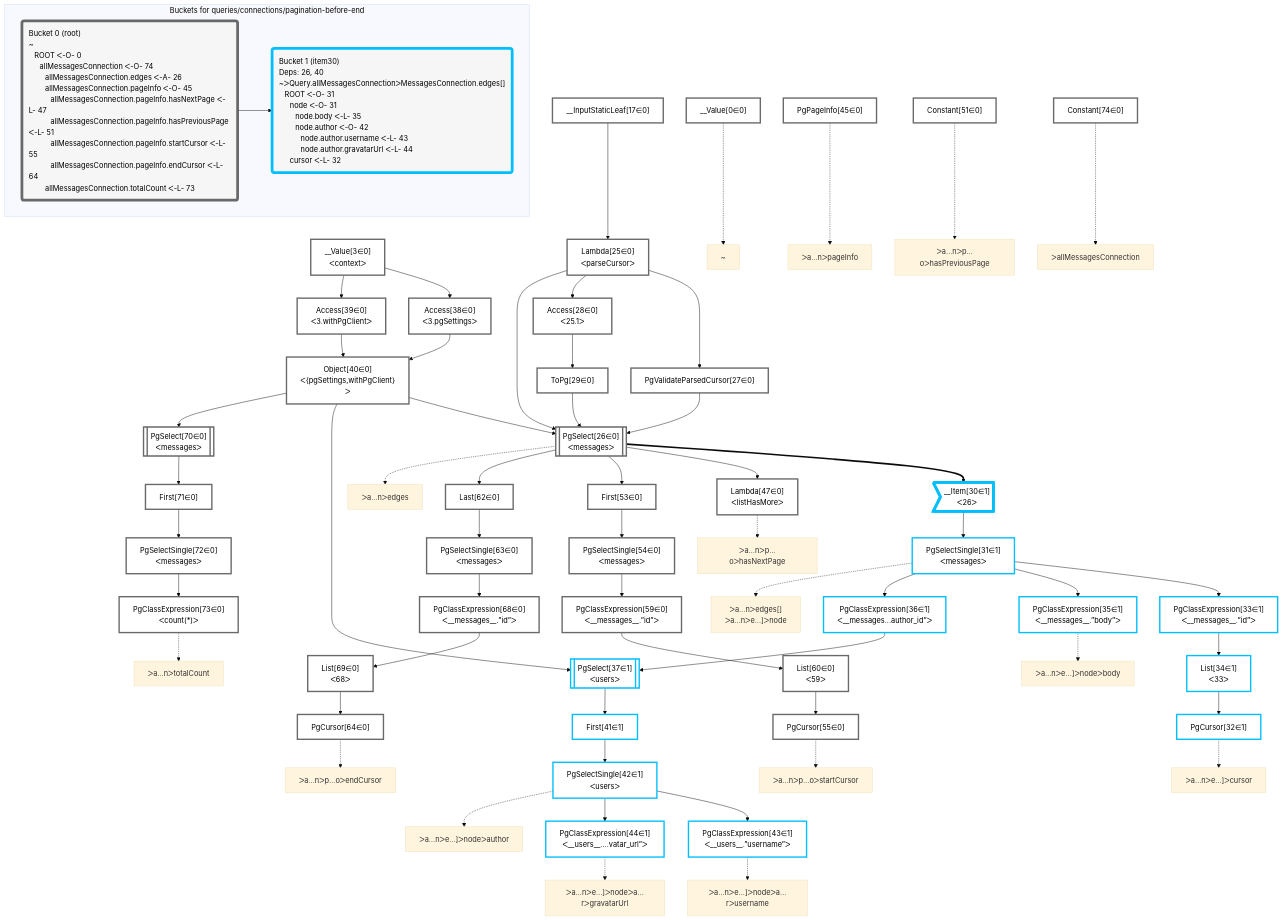
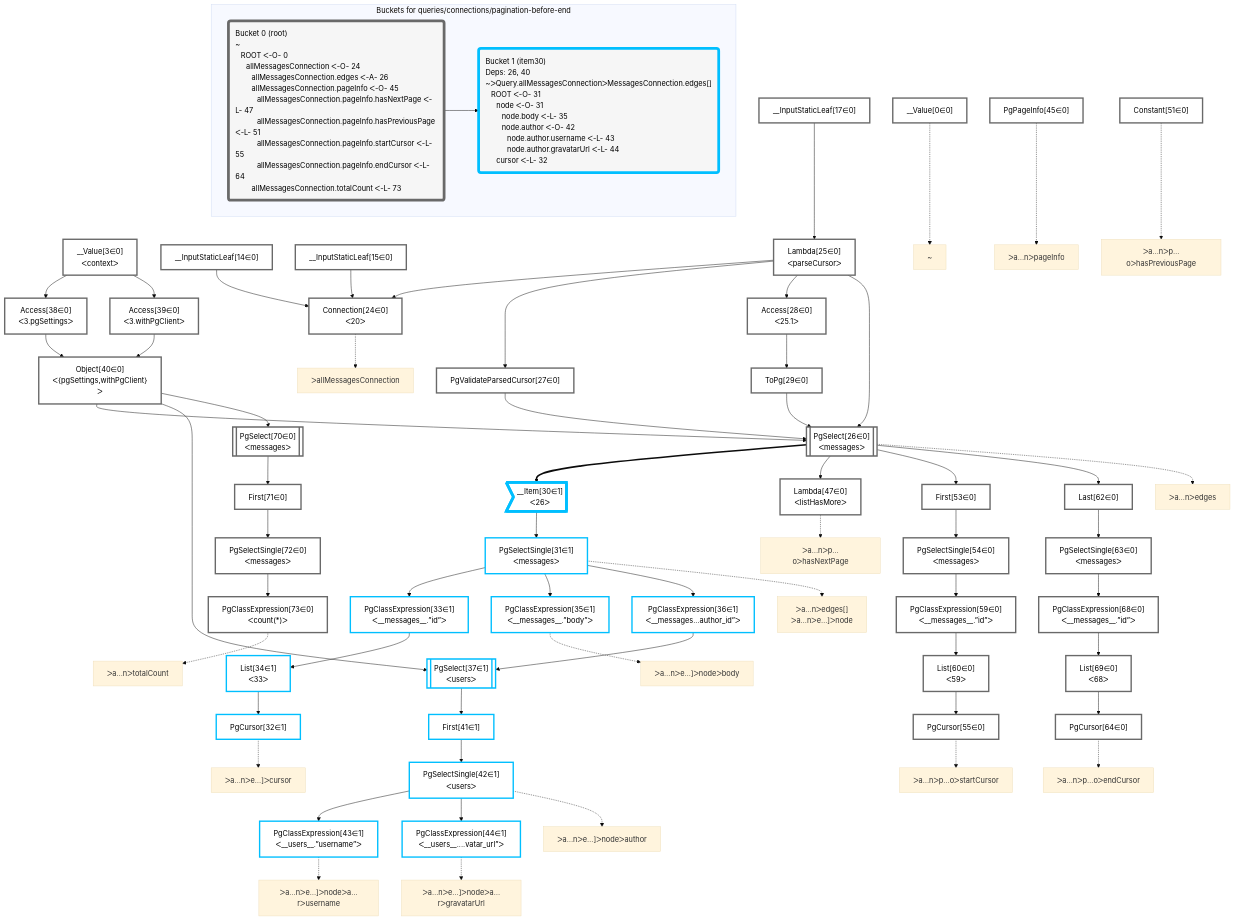
Before and after one commit to graphile/crystal: the diagram in packages/dataplan-pg/__tests__/queries/connections/pagination-before-end.deopt.mermaid, drawn with Mermaid (base theme). The commit also changed 59 other files, not shown here.

```diff
--- a/packages/dataplan-pg/__tests__/queries/connections/pagination-before-end.deopt.mermaid
+++ b/packages/dataplan-pg/__tests__/queries/connections/pagination-before-end.deopt.mermaid
@@ -1,129 +1,132 @@
 graph TD
     classDef path fill:#eee,stroke:#000,color:#000
     classDef plan fill:#fff,stroke-width:3px,color:#000
     classDef itemplan fill:#fff,stroke-width:6px,color:#000
     classDef sideeffectplan fill:#f00,stroke-width:6px,color:#000
     classDef bucket fill:#f6f6f6,color:#000,stroke-width:6px,text-align:left
 
 
     %% define plans
     __Value0["__Value[0∈0]"]:::plan
     __Value3["__Value[3∈0]<br />ᐸcontextᐳ"]:::plan
+    __InputStaticLeaf14["__InputStaticLeaf[14∈0]"]:::plan
+    __InputStaticLeaf15["__InputStaticLeaf[15∈0]"]:::plan
     __InputStaticLeaf17["__InputStaticLeaf[17∈0]"]:::plan
     Access38["Access[38∈0]<br />ᐸ3.pgSettingsᐳ"]:::plan
     Access39["Access[39∈0]<br />ᐸ3.withPgClientᐳ"]:::plan
     Object40["Object[40∈0]<br />ᐸ{pgSettings,withPgClient}ᐳ"]:::plan
-    Constant74["Constant[74∈0]"]:::plan
     Lambda25["Lambda[25∈0]<br />ᐸparseCursorᐳ"]:::plan
+    Connection24["Connection[24∈0]<br />ᐸ20ᐳ"]:::plan
     PgValidateParsedCursor27["PgValidateParsedCursor[27∈0]"]:::plan
     Access28["Access[28∈0]<br />ᐸ25.1ᐳ"]:::plan
     ToPg29["ToPg[29∈0]"]:::plan
     PgSelect26[["PgSelect[26∈0]<br />ᐸmessagesᐳ"]]:::plan
     __Item30>"__Item[30∈1]<br />ᐸ26ᐳ"]:::itemplan
     PgSelectSingle31["PgSelectSingle[31∈1]<br />ᐸmessagesᐳ"]:::plan
     PgClassExpression33["PgClassExpression[33∈1]<br />ᐸ__messages__.”id”ᐳ"]:::plan
     List34["List[34∈1]<br />ᐸ33ᐳ"]:::plan
     PgCursor32["PgCursor[32∈1]"]:::plan
     PgClassExpression35["PgClassExpression[35∈1]<br />ᐸ__messages__.”body”ᐳ"]:::plan
     PgClassExpression36["PgClassExpression[36∈1]<br />ᐸ__messages...author_id”ᐳ"]:::plan
     PgSelect37[["PgSelect[37∈1]<br />ᐸusersᐳ"]]:::plan
     First41["First[41∈1]"]:::plan
     PgSelectSingle42["PgSelectSingle[42∈1]<br />ᐸusersᐳ"]:::plan
     PgClassExpression43["PgClassExpression[43∈1]<br />ᐸ__users__.”username”ᐳ"]:::plan
     PgClassExpression44["PgClassExpression[44∈1]<br />ᐸ__users__....vatar_url”ᐳ"]:::plan
     PgPageInfo45["PgPageInfo[45∈0]"]:::plan
     Lambda47["Lambda[47∈0]<br />ᐸlistHasMoreᐳ"]:::plan
     Constant51["Constant[51∈0]"]:::plan
     First53["First[53∈0]"]:::plan
     PgSelectSingle54["PgSelectSingle[54∈0]<br />ᐸmessagesᐳ"]:::plan
     PgClassExpression59["PgClassExpression[59∈0]<br />ᐸ__messages__.”id”ᐳ"]:::plan
     List60["List[60∈0]<br />ᐸ59ᐳ"]:::plan
     PgCursor55["PgCursor[55∈0]"]:::plan
     Last62["Last[62∈0]"]:::plan
     PgSelectSingle63["PgSelectSingle[63∈0]<br />ᐸmessagesᐳ"]:::plan
     PgClassExpression68["PgClassExpression[68∈0]<br />ᐸ__messages__.”id”ᐳ"]:::plan
     List69["List[69∈0]<br />ᐸ68ᐳ"]:::plan
     PgCursor64["PgCursor[64∈0]"]:::plan
     PgSelect70[["PgSelect[70∈0]<br />ᐸmessagesᐳ"]]:::plan
     First71["First[71∈0]"]:::plan
     PgSelectSingle72["PgSelectSingle[72∈0]<br />ᐸmessagesᐳ"]:::plan
     PgClassExpression73["PgClassExpression[73∈0]<br />ᐸcount(*)ᐳ"]:::plan
 
     %% plan dependencies
     __Value3 --> Access38
     __Value3 --> Access39
     Access38 & Access39 --> Object40
     __InputStaticLeaf17 --> Lambda25
+    __InputStaticLeaf14 & __InputStaticLeaf15 & Lambda25 --> Connection24
     Lambda25 --> PgValidateParsedCursor27
     Lambda25 --> Access28
     Access28 --> ToPg29
     Object40 & Lambda25 & PgValidateParsedCursor27 & ToPg29 --> PgSelect26
     PgSelect26 ==> __Item30
     __Item30 --> PgSelectSingle31
     PgSelectSingle31 --> PgClassExpression33
     PgClassExpression33 --> List34
     List34 --> PgCursor32
     PgSelectSingle31 --> PgClassExpression35
     PgSelectSingle31 --> PgClassExpression36
     Object40 & PgClassExpression36 --> PgSelect37
     PgSelect37 --> First41
     First41 --> PgSelectSingle42
     PgSelectSingle42 --> PgClassExpression43
     PgSelectSingle42 --> PgClassExpression44
     PgSelect26 --> Lambda47
     PgSelect26 --> First53
     First53 --> PgSelectSingle54
     PgSelectSingle54 --> PgClassExpression59
     PgClassExpression59 --> List60
     List60 --> PgCursor55
     PgSelect26 --> Last62
     Last62 --> PgSelectSingle63
     PgSelectSingle63 --> PgClassExpression68
     PgClassExpression68 --> List69
     List69 --> PgCursor64
     Object40 --> PgSelect70
     PgSelect70 --> First71
     First71 --> PgSelectSingle72
     PgSelectSingle72 --> PgClassExpression73
 
     %% plan-to-path relationships
     P0["~"]
     __Value0 -.-> P0
+    P24["ᐳallMessagesConnection"]
+    Connection24 -.-> P24
     P26["ᐳa…nᐳedges"]
     PgSelect26 -.-> P26
     P31["ᐳa…nᐳedges[]<br />ᐳa…nᐳe…]ᐳnode"]
     PgSelectSingle31 -.-> P31
     P32["ᐳa…nᐳe…]ᐳcursor"]
     PgCursor32 -.-> P32
     P35["ᐳa…nᐳe…]ᐳnodeᐳbody"]
     PgClassExpression35 -.-> P35
     P42["ᐳa…nᐳe…]ᐳnodeᐳauthor"]
     PgSelectSingle42 -.-> P42
     P43["ᐳa…nᐳe…]ᐳnodeᐳa…rᐳusername"]
     PgClassExpression43 -.-> P43
     P44["ᐳa…nᐳe…]ᐳnodeᐳa…rᐳgravatarUrl"]
     PgClassExpression44 -.-> P44
     P45["ᐳa…nᐳpageInfo"]
     PgPageInfo45 -.-> P45
     P47["ᐳa…nᐳp…oᐳhasNextPage"]
     Lambda47 -.-> P47
     P51["ᐳa…nᐳp…oᐳhasPreviousPage"]
     Constant51 -.-> P51
     P55["ᐳa…nᐳp…oᐳstartCursor"]
     PgCursor55 -.-> P55
     P64["ᐳa…nᐳp…oᐳendCursor"]
     PgCursor64 -.-> P64
     P73["ᐳa…nᐳtotalCount"]
     PgClassExpression73 -.-> P73
-    P74["ᐳallMessagesConnection"]
-    Constant74 -.-> P74
 
     subgraph "Buckets for queries/connections/pagination-before-end"
-    Bucket0("Bucket 0 (root)<br />~<br />⠀ROOT ᐸ-O- 0<br />⠀⠀allMessagesConnection ᐸ-O- 74<br />⠀⠀⠀allMessagesConnection.edges ᐸ-A- 26<br />⠀⠀⠀allMessagesConnection.pageInfo ᐸ-O- 45<br />⠀⠀⠀⠀allMessagesConnection.pageInfo.hasNextPage ᐸ-L- 47<br />⠀⠀⠀⠀allMessagesConnection.pageInfo.hasPreviousPage ᐸ-L- 51<br />⠀⠀⠀⠀allMessagesConnection.pageInfo.startCursor ᐸ-L- 55<br />⠀⠀⠀⠀allMessagesConnection.pageInfo.endCursor ᐸ-L- 64<br />⠀⠀⠀allMessagesConnection.totalCount ᐸ-L- 73"):::bucket
+    Bucket0("Bucket 0 (root)<br />~<br />⠀ROOT ᐸ-O- 0<br />⠀⠀allMessagesConnection ᐸ-O- 24<br />⠀⠀⠀allMessagesConnection.edges ᐸ-A- 26<br />⠀⠀⠀allMessagesConnection.pageInfo ᐸ-O- 45<br />⠀⠀⠀⠀allMessagesConnection.pageInfo.hasNextPage ᐸ-L- 47<br />⠀⠀⠀⠀allMessagesConnection.pageInfo.hasPreviousPage ᐸ-L- 51<br />⠀⠀⠀⠀allMessagesConnection.pageInfo.startCursor ᐸ-L- 55<br />⠀⠀⠀⠀allMessagesConnection.pageInfo.endCursor ᐸ-L- 64<br />⠀⠀⠀allMessagesConnection.totalCount ᐸ-L- 73"):::bucket
     classDef bucket0 stroke:#696969
-    class Bucket0,__Value0,__Value3,__InputStaticLeaf17,Lambda25,PgSelect26,PgValidateParsedCursor27,Access28,ToPg29,Access38,Access39,Object40,PgPageInfo45,Lambda47,Constant51,First53,PgSelectSingle54,PgCursor55,PgClassExpression59,List60,Last62,PgSelectSingle63,PgCursor64,PgClassExpression68,List69,PgSelect70,First71,PgSelectSingle72,PgClassExpression73,Constant74 bucket0
+    class Bucket0,__Value0,__Value3,__InputStaticLeaf14,__InputStaticLeaf15,__InputStaticLeaf17,Connection24,Lambda25,PgSelect26,PgValidateParsedCursor27,Access28,ToPg29,Access38,Access39,Object40,PgPageInfo45,Lambda47,Constant51,First53,PgSelectSingle54,PgCursor55,PgClassExpression59,List60,Last62,PgSelectSingle63,PgCursor64,PgClassExpression68,List69,PgSelect70,First71,PgSelectSingle72,PgClassExpression73 bucket0
     Bucket1("Bucket 1 (item30)<br />Deps: 26, 40<br />~ᐳQuery.allMessagesConnectionᐳMessagesConnection.edges[]<br />⠀ROOT ᐸ-O- 31<br />⠀⠀node ᐸ-O- 31<br />⠀⠀⠀node.body ᐸ-L- 35<br />⠀⠀⠀node.author ᐸ-O- 42<br />⠀⠀⠀⠀node.author.username ᐸ-L- 43<br />⠀⠀⠀⠀node.author.gravatarUrl ᐸ-L- 44<br />⠀⠀cursor ᐸ-L- 32"):::bucket
     classDef bucket1 stroke:#00bfff
     class Bucket1,__Item30,PgSelectSingle31,PgCursor32,PgClassExpression33,List34,PgClassExpression35,PgClassExpression36,PgSelect37,First41,PgSelectSingle42,PgClassExpression43,PgClassExpression44 bucket1
     Bucket0 --> Bucket1
     end
```
